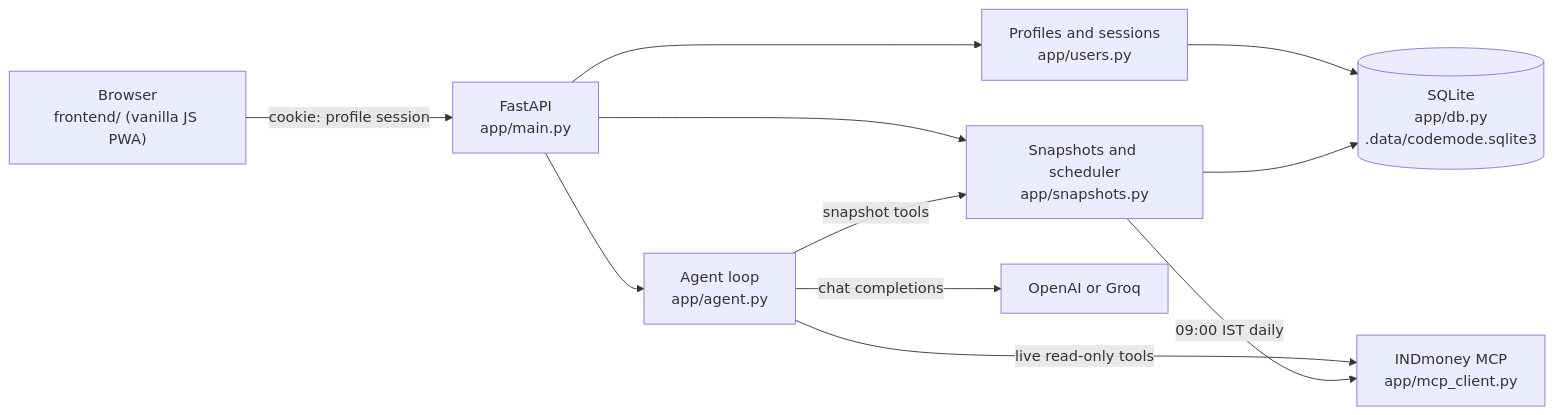
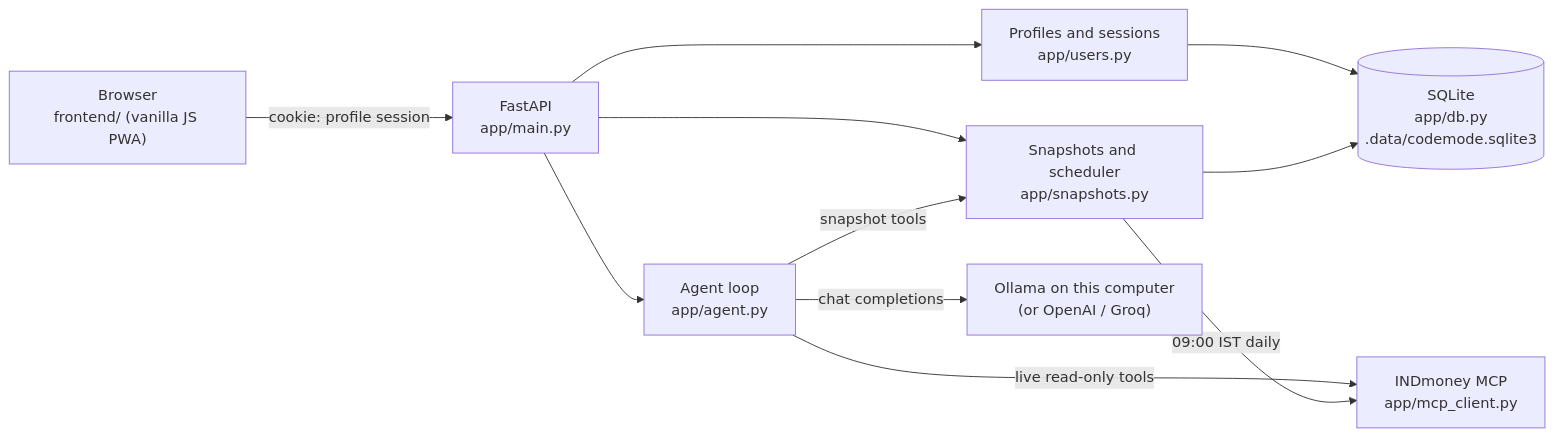
The diagram in README.md (Nishaanth419/CAMode), drawn with Mermaid before and after one commit. The commit also changed other lines of this file and 1 other file, not shown here.

````diff
--- a/README.md
+++ b/README.md
@@ -23,13 +23,13 @@
 ```mermaid
 flowchart LR
     Browser["Browser<br/>frontend/ (vanilla JS PWA)"] -->|"cookie: profile session"| API["FastAPI<br/>app/main.py"]
     API --> Users["Profiles and sessions<br/>app/users.py"]
     API --> Agent["Agent loop<br/>app/agent.py"]
     API --> Snap["Snapshots and scheduler<br/>app/snapshots.py"]
     Users --> DB[("SQLite<br/>app/db.py<br/>.data/codemode.sqlite3")]
     Snap --> DB
-    Agent -->|"chat completions"| LLM["OpenAI or Groq"]
+    Agent -->|"chat completions"| LLM["Ollama on this computer<br/>(or OpenAI / Groq)"]
     Agent -->|"snapshot tools"| Snap
     Agent -->|"live read-only tools"| MCP["INDmoney MCP<br/>app/mcp_client.py"]
     Snap -->|"09:00 IST daily"| MCP
 ```
````
